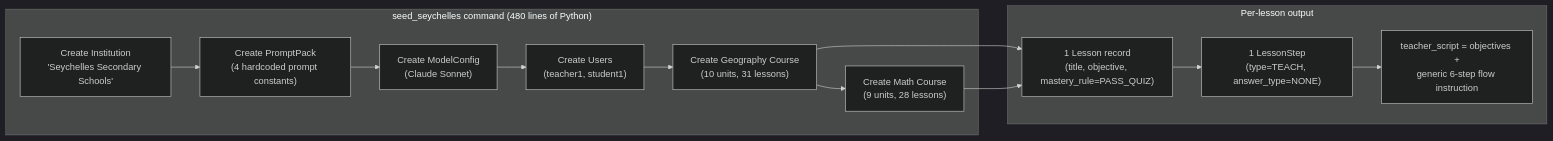
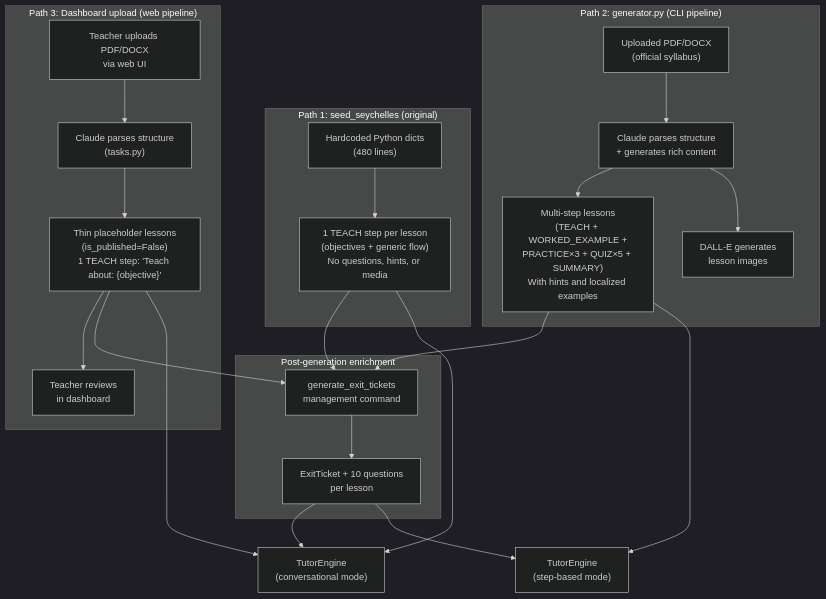
The fifth of 11 diagrams in design/PROMPT_AND_CURRICULUM_DEEP_DIVE.md (eai6/ai-tutor), drawn with Mermaid (dark theme) before and after one commit. The commit also changed other lines of this file, not shown here.

First line of the commit message:
Update deep dive design doc with new code analysis (generator, engine, exit tickets)

````diff
--- a/design/PROMPT_AND_CURRICULUM_DEEP_DIVE.md
+++ b/design/PROMPT_AND_CURRICULUM_DEEP_DIVE.md
@@ -160,22 +261,40 @@
 ```mermaid
-flowchart LR
-    subgraph "seed_seychelles command (480 lines of Python)"
-        A["Create Institution\n'Seychelles Secondary Schools'"]
-        B["Create PromptPack\n(4 hardcoded prompt constants)"]
-        C["Create ModelConfig\n(Claude Sonnet)"]
-        D["Create Users\n(teacher1, student1)"]
-        E["Create Geography Course\n(10 units, 31 lessons)"]
-        F["Create Math Course\n(9 units, 28 lessons)"]
+flowchart TD
+    subgraph "Path 1: seed_seychelles (original)"
+        SS_IN["Hardcoded Python dicts\n(480 lines)"]
+        SS_OUT["1 TEACH step per lesson\n(objectives + generic flow)\nNo questions, hints, or media"]
+        SS_IN --> SS_OUT
     end
 
-    A --> B --> C --> D --> E --> F
-
-    subgraph "Per-lesson output"
-        G["1 Lesson record\n(title, objective, mastery_rule=PASS_QUIZ)"]
-        H["1 LessonStep\n(type=TEACH, answer_type=NONE)"]
-        I["teacher_script = objectives +\ngeneric 6-step flow instruction"]
+    subgraph "Path 2: generator.py (CLI pipeline)"
+        GEN_IN["Uploaded PDF/DOCX\n(official syllabus)"]
+        GEN_AI["Claude parses structure\n+ generates rich content"]
+        GEN_OUT["Multi-step lessons\n(TEACH + WORKED_EXAMPLE +\nPRACTICE×3 + QUIZ×5 + SUMMARY)\nWith hints and localized examples"]
+        GEN_MEDIA["DALL-E generates\nlesson images"]
+        GEN_IN --> GEN_AI --> GEN_OUT
+        GEN_AI --> GEN_MEDIA
     end
 
-    E --> G --> H --> I
-    F --> G
+    subgraph "Path 3: Dashboard upload (web pipeline)"
+        DASH_IN["Teacher uploads PDF/DOCX\nvia web UI"]
+        DASH_AI["Claude parses structure\n(tasks.py)"]
+        DASH_OUT["Thin placeholder lessons\n(is_published=False)\n1 TEACH step: 'Teach about: {objective}'"]
+        DASH_REVIEW["Teacher reviews\nin dashboard"]
+        DASH_IN --> DASH_AI --> DASH_OUT --> DASH_REVIEW
+    end
+
+    subgraph "Post-generation enrichment"
+        ET["generate_exit_tickets\nmanagement command"]
+        ET_OUT["ExitTicket + 10 questions\nper lesson"]
+        GEN_OUT --> ET
+        DASH_OUT --> ET
+        SS_OUT --> ET
+        ET --> ET_OUT
+    end
+
+    SS_OUT --> ENGINE["TutorEngine\n(conversational mode)"]
+    GEN_OUT --> ENGINE2["TutorEngine\n(step-based mode)"]
+    DASH_OUT --> ENGINE
+    ET_OUT --> ENGINE
+    ET_OUT --> ENGINE2
 ```
````
